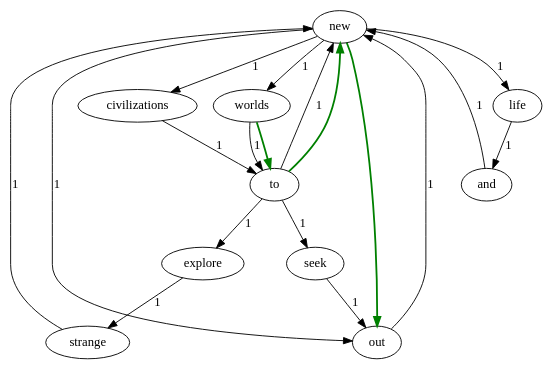
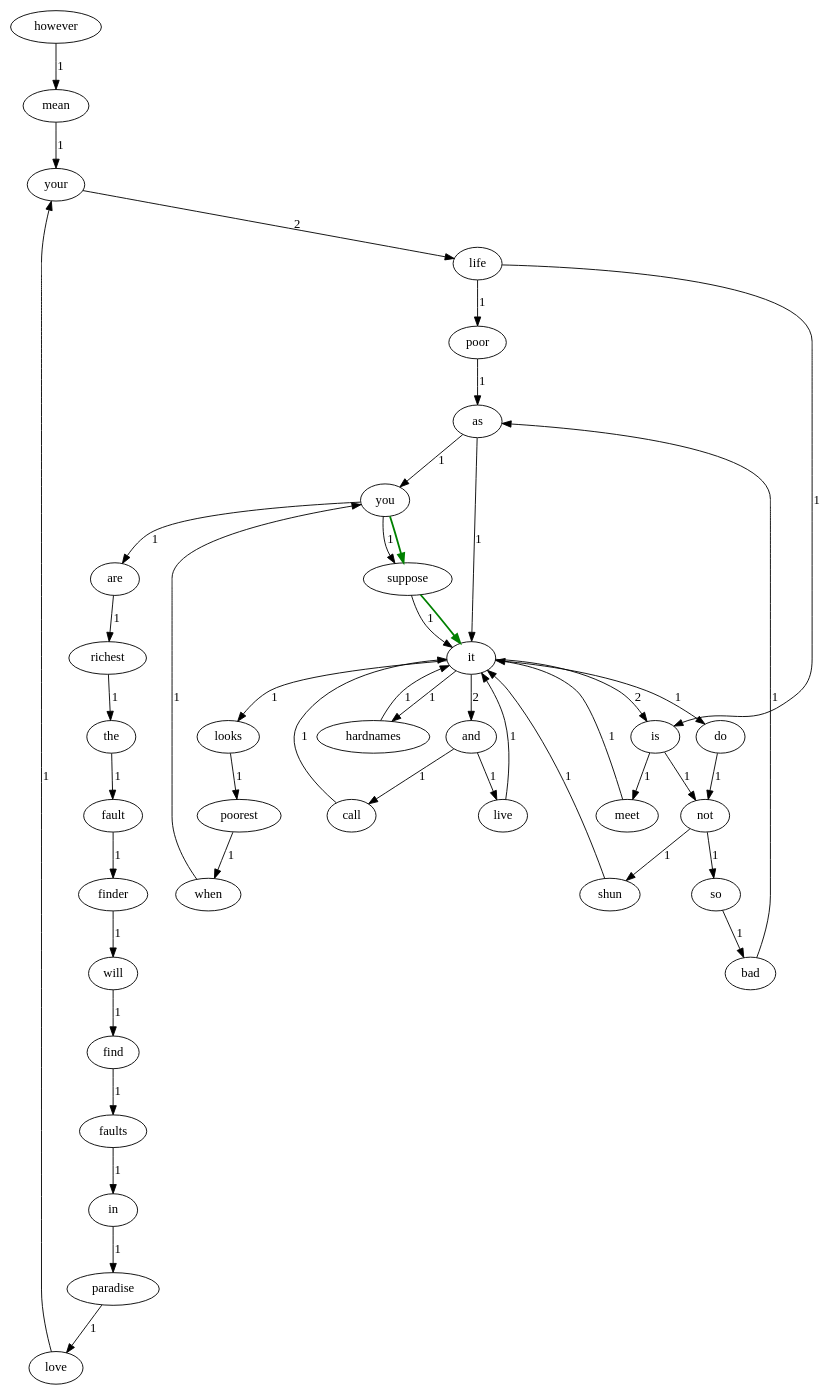
One commit to Halloween5/Lab1-2021111708 changed the diagram in dotsource.dot. Above: the diagram before and after it, drawn with Graphviz. The commit also changed 5 other files, not shown here.

```diff
--- a/dotsource.dot
+++ b/dotsource.dot
@@ -1,20 +1,48 @@
 digraph G {
-  "new" -> "worlds" [label="1"];
-  "new" -> "civilizations" [label="1"];
-  "new" -> "life" [label="1"];
-  "new" -> "out" [label="1"];
-  "worlds" -> "to" [label="1"];
-  "explore" -> "strange" [label="1"];
-  "and" -> "new" [label="1"];
-  "to" -> "new" [label="1"];
-  "to" -> "explore" [label="1"];
-  "to" -> "seek" [label="1"];
-  "civilizations" -> "to" [label="1"];
-  "seek" -> "out" [label="1"];
-  "strange" -> "new" [label="1"];
-  "life" -> "and" [label="1"];
-  "out" -> "new" [label="1"];
-  "worlds" -> "to" [color=green, penwidth=2.0];
-  "to" -> "new" [color=green, penwidth=2.0];
-  "new" -> "out" [color=green, penwidth=2.0];
+  "however" -> "mean" [label="1"];
+  "love" -> "your" [label="1"];
+  "bad" -> "as" [label="1"];
+  "your" -> "life" [label="2"];
+  "do" -> "not" [label="1"];
+  "when" -> "you" [label="1"];
+  "faults" -> "in" [label="1"];
+  "life" -> "poor" [label="1"];
+  "life" -> "is" [label="1"];
+  "poorest" -> "when" [label="1"];
+  "not" -> "shun" [label="1"];
+  "not" -> "so" [label="1"];
+  "looks" -> "poorest" [label="1"];
+  "are" -> "richest" [label="1"];
+  "and" -> "call" [label="1"];
+  "and" -> "live" [label="1"];
+  "find" -> "faults" [label="1"];
+  "poor" -> "as" [label="1"];
+  "shun" -> "it" [label="1"];
+  "so" -> "bad" [label="1"];
+  "live" -> "it" [label="1"];
+  "you" -> "are" [label="1"];
+  "you" -> "suppose" [label="1"];
+  "will" -> "find" [label="1"];
+  "in" -> "paradise" [label="1"];
+  "fault" -> "finder" [label="1"];
+  "is" -> "not" [label="1"];
+  "is" -> "meet" [label="1"];
+  "it" -> "looks" [label="1"];
+  "it" -> "and" [label="2"];
+  "it" -> "hardnames" [label="1"];
+  "it" -> "is" [label="2"];
+  "it" -> "do" [label="1"];
+  "suppose" -> "it" [label="1"];
+  "finder" -> "will" [label="1"];
+  "call" -> "it" [label="1"];
+  "the" -> "fault" [label="1"];
+  "as" -> "it" [label="1"];
+  "as" -> "you" [label="1"];
+  "meet" -> "it" [label="1"];
+  "mean" -> "your" [label="1"];
+  "hardnames" -> "it" [label="1"];
+  "paradise" -> "love" [label="1"];
+  "richest" -> "the" [label="1"];
+  "you" -> "suppose" [color=green, penwidth=2.0];
+  "suppose" -> "it" [color=green, penwidth=2.0];
 }
```
